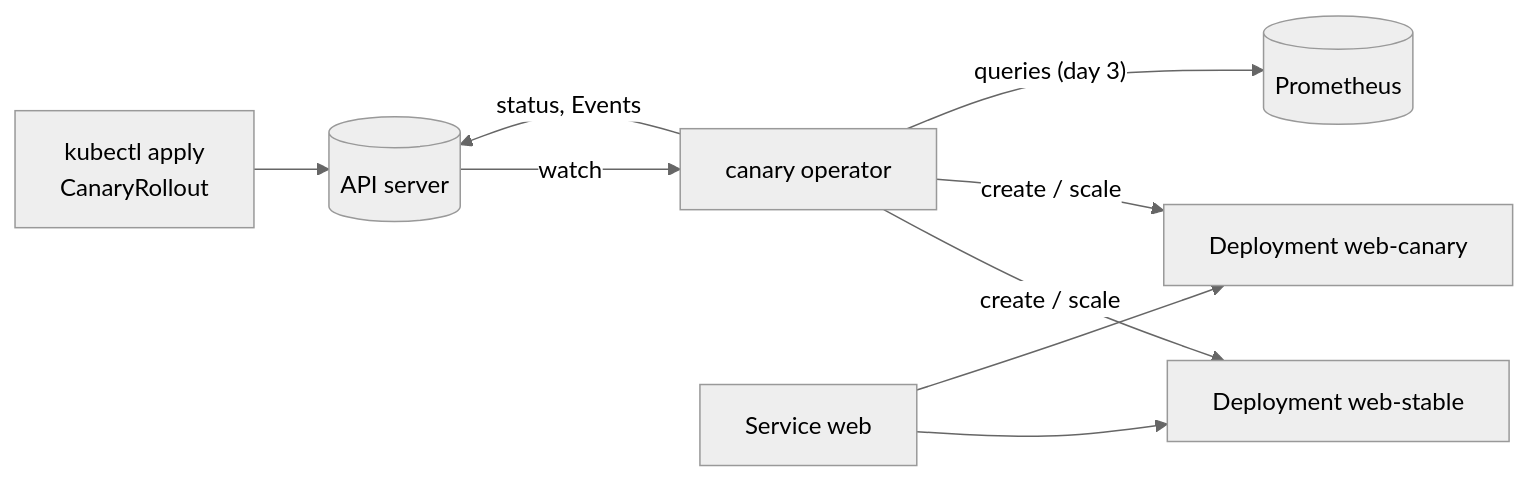
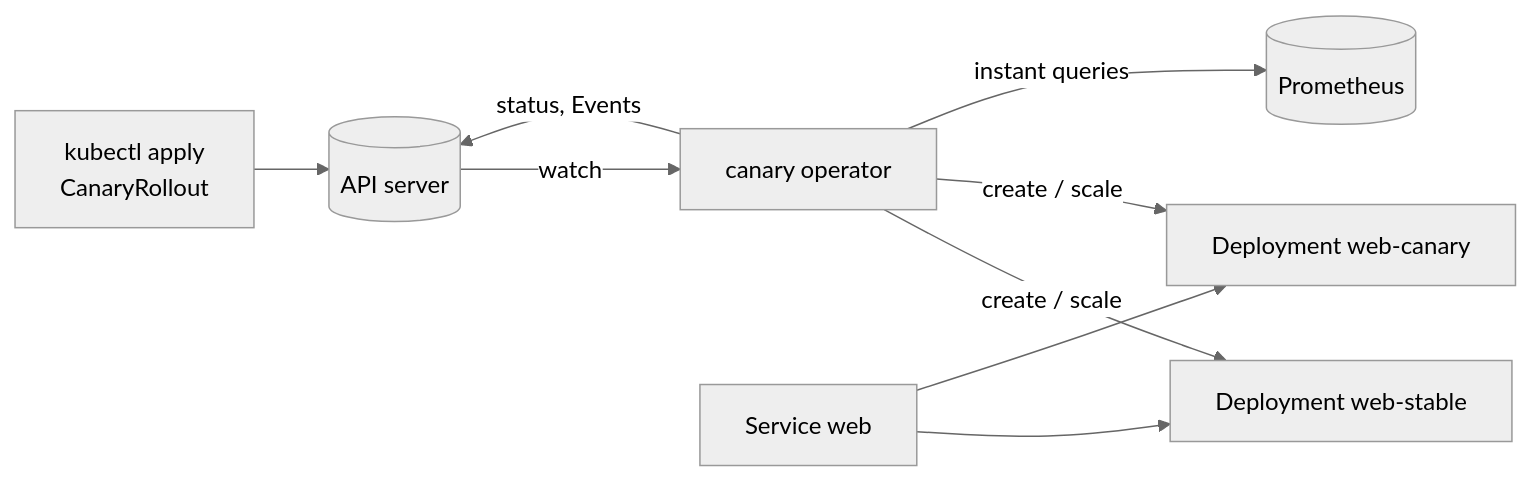
The diagram in README.md (vivekdavara/canary), drawn with Mermaid (neutral theme) before and after one commit. The commit also changed other lines of this file and 1 other file, not shown here.

````diff
--- a/README.md
+++ b/README.md
@@ -24,11 +25,11 @@
 ```mermaid
 flowchart LR
   user["kubectl apply<br/>CanaryRollout"] --> api[(API server)]
   api -- watch --> op["canary operator"]
   op -- "create / scale" --> stable["Deployment web-stable"]
   op -- "create / scale" --> canary["Deployment web-canary"]
   op -- "status, Events" --> api
-  op -- "queries (day 3)" --> prom[(Prometheus)]
+  op -- "instant queries" --> prom[(Prometheus)]
   svc["Service web"] --> stable
   svc --> canary
 ```
````
